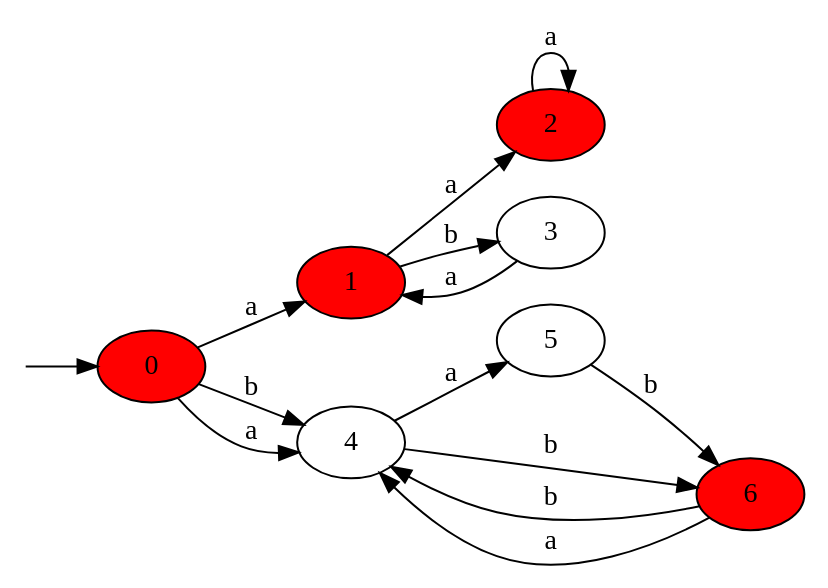
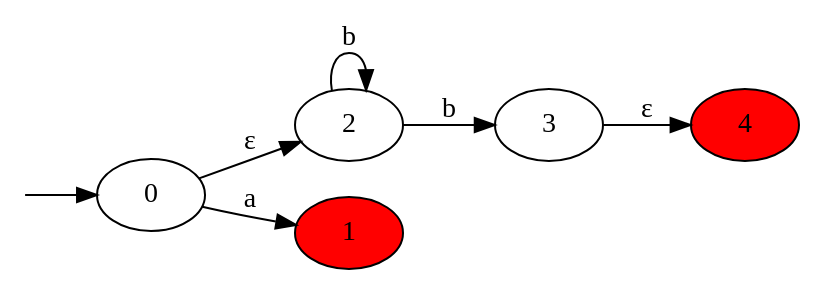
The diagram in graph/automaton_0.dot (Nerfiti/MIPT_FORMAL_AUTOMATON_ALGORITHMS), drawn with Graphviz before and after one commit. The commit also changed 18 other files, not shown here.

```diff
--- a/graph/automaton_0.dot
+++ b/graph/automaton_0.dot
@@ -1,25 +1,16 @@
 digraph {
 rankdir=LR
 fictitious [shape=point, label="", width=0, height=0]
 
 fictitious -> 0
-0 [fillcolor=red, style=filled]
+0
+0 -> 2 [label=ε]
+2
+2 -> 2 [label=b]
+2 -> 3 [label=b]
+3
+3 -> 4 [label=ε]
+4 [fillcolor=red, style=filled]
+0 -> 1 [label=a]
 1 [fillcolor=red, style=filled]
-2 [fillcolor=red, style=filled]
-3
-4
-5
-6 [fillcolor=red, style=filled]
-0 -> 4 [label=b]
-4 -> 6 [label=b]
-6 -> 4 [label=b]
-6 -> 4 [label=a]
-4 -> 5 [label=a]
-5 -> 6 [label=b]
-0 -> 1 [label=a]
-1 -> 3 [label=b]
-3 -> 1 [label=a]
-1 -> 2 [label=a]
-2 -> 2 [label=a]
-0 -> 4 [label=a]
 }
```
